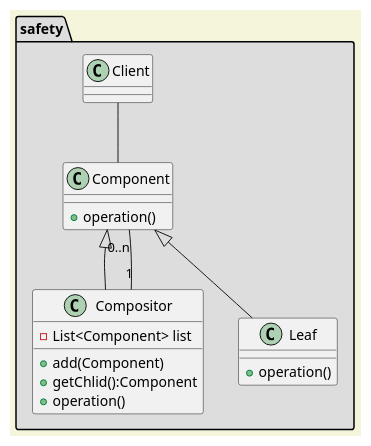
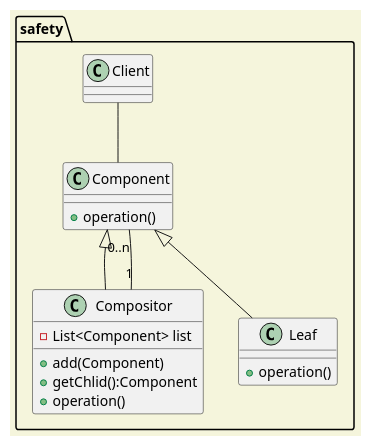
The first of 2 diagrams in Java/DesignPattern/4.3、Composite组合模式.md (JianXiLin/MyNote), drawn with PlantUML before and after one commit. The commit also changed other lines of this file and 141 other files, not shown here.

````diff
--- a/Java/DesignPattern/4.3、Composite组合模式.md
+++ b/Java/DesignPattern/4.3、Composite组合模式.md
@@ -19,24 +19,24 @@
 ```puml
     skinparam backgroundColor Beige
     skinparam sequenceMessageAlign center
-    namespace safety #DDDDDD {
+    namespace safety [[DDDDDD]] {
         class Component{
             + operation()
         }
         class Compositor{
             - List<Component> list
             + add(Component)
             + getChlid():Component
             + operation()
         }
         class Leaf{
             + operation()
         }
         class Client
 
         Component <|-- Compositor
         Component "0..n" -- "1" Compositor
         Component <|-- Leaf
         Client -- Component
     }
 ```
````
